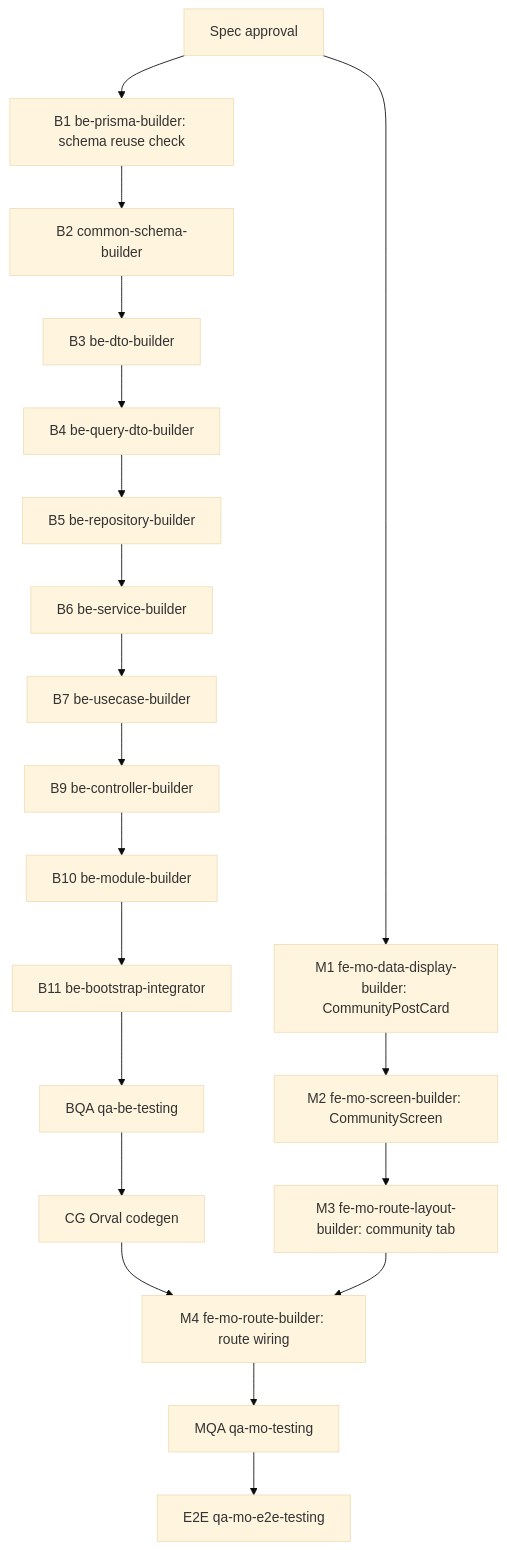
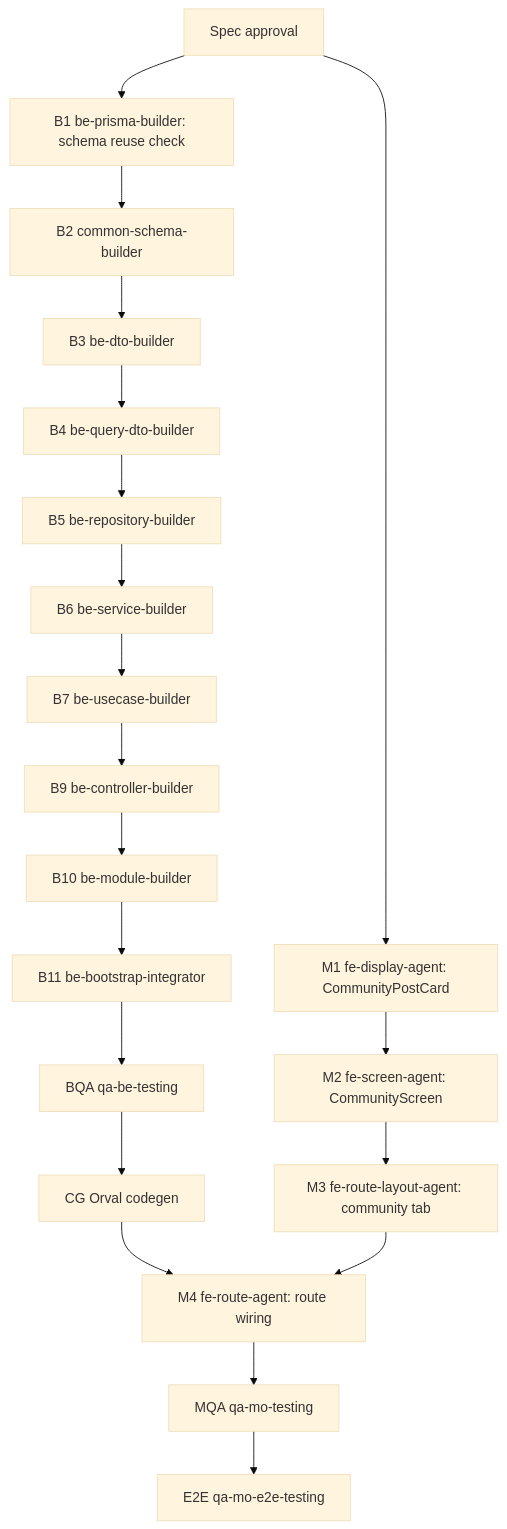
The diagram in apps/mobile/src/app/community/index.spec.md (kimjoongwon/prj-core), drawn with Mermaid (base theme) before and after one commit. The commit also changed other lines of this file and 743 other files, not shown here.

````diff
--- a/apps/mobile/src/app/community/index.spec.md
+++ b/apps/mobile/src/app/community/index.spec.md
@@ -267,24 +267,24 @@
 ```mermaid
 flowchart TD
   S["Spec approval"]
   S --> B1["B1 be-prisma-builder: schema reuse check"]
   B1 --> B2["B2 common-schema-builder"]
   B2 --> B3["B3 be-dto-builder"]
   B3 --> B4["B4 be-query-dto-builder"]
   B4 --> B5["B5 be-repository-builder"]
   B5 --> B6["B6 be-service-builder"]
   B6 --> B7["B7 be-usecase-builder"]
   B7 --> B9["B9 be-controller-builder"]
   B9 --> B10["B10 be-module-builder"]
   B10 --> B11["B11 be-bootstrap-integrator"]
   B11 --> BQA["BQA qa-be-testing"]
   BQA --> CG["CG Orval codegen"]
 
-  S --> M1["M1 fe-mo-data-display-builder: CommunityPostCard"]
-  M1 --> M2["M2 fe-mo-screen-builder: CommunityScreen"]
-  M2 --> M3["M3 fe-mo-route-layout-builder: community tab"]
-  CG --> M4["M4 fe-mo-route-builder: route wiring"]
+  S --> M1["M1 fe-display-agent: CommunityPostCard"]
+  M1 --> M2["M2 fe-screen-agent: CommunityScreen"]
+  M2 --> M3["M3 fe-route-layout-agent: community tab"]
+  CG --> M4["M4 fe-route-agent: route wiring"]
   M3 --> M4
   M4 --> MQA["MQA qa-mo-testing"]
   MQA --> E2E["E2E qa-mo-e2e-testing"]
 ```
````
